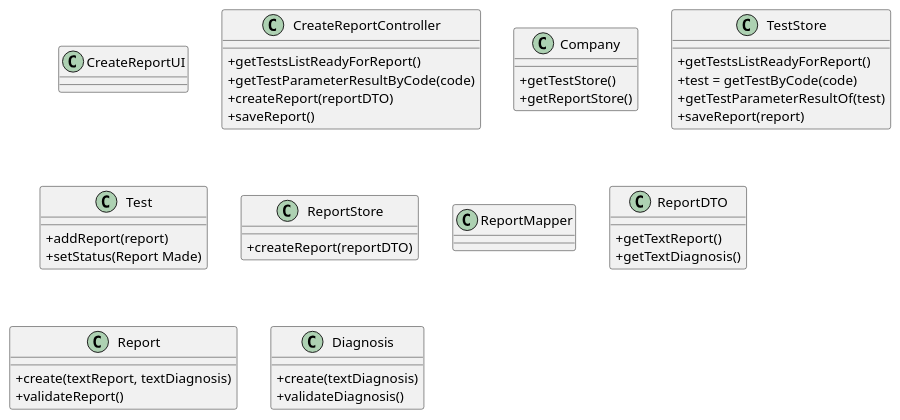
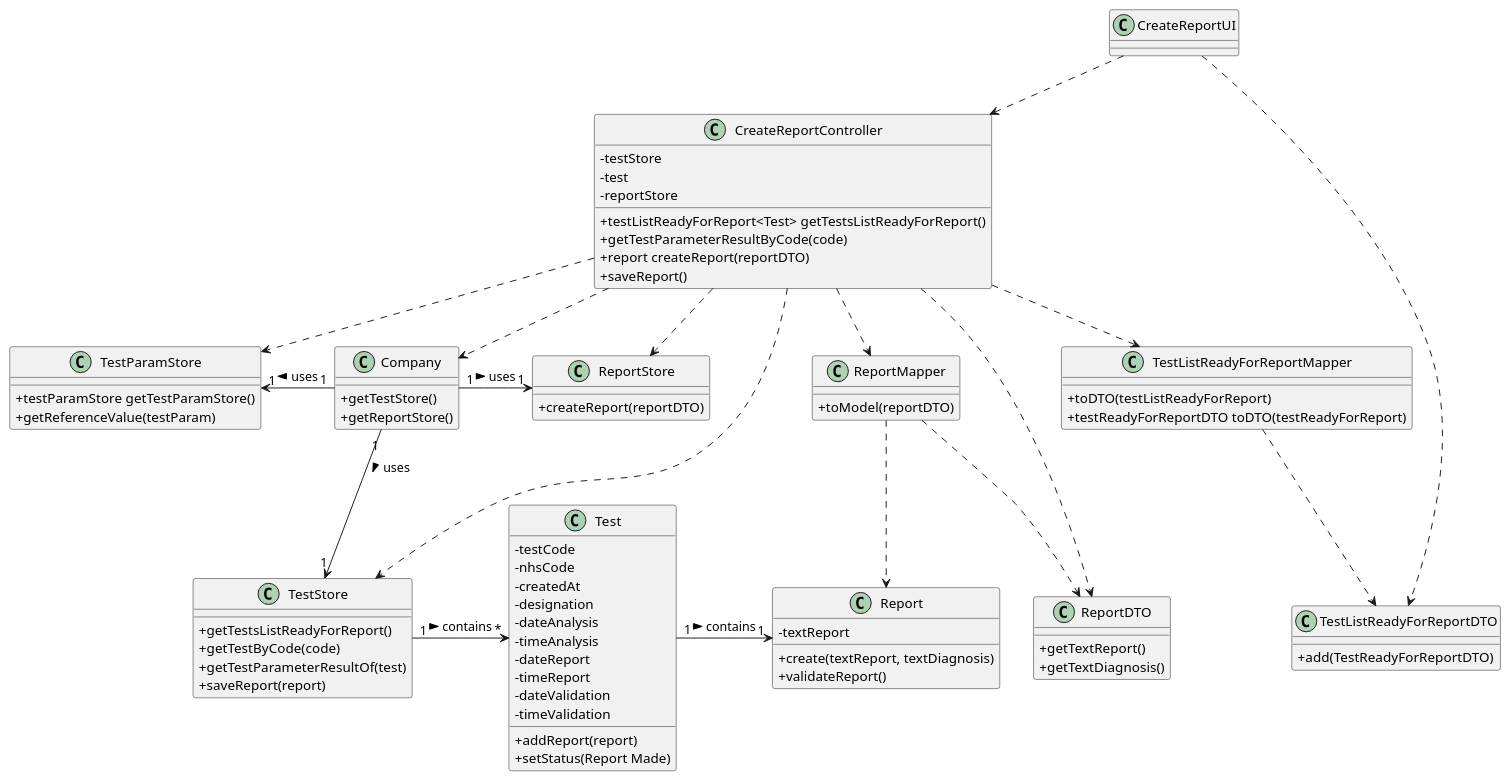
The diagram in docs/SprintC/US14/US14_CD.puml (MadDinosaur/ISEP-LAPR2), drawn with PlantUML before and after one commit. The commit also changed 12 other files, not shown here.

```diff
--- a/docs/SprintC/US14/US14_CD.puml
+++ b/docs/SprintC/US14/US14_CD.puml
@@ -1,52 +1,104 @@
 @startuml
 
 skinparam classAttributeIconSize 0
 
 class CreateReportUI
 
 class CreateReportController {
-+getTestsListReadyForReport()
+-testStore
+-test
+-reportStore
+
+
++testListReadyForReport<Test> getTestsListReadyForReport()
 +getTestParameterResultByCode(code)
-+createReport(reportDTO)
++report createReport(reportDTO)
 +saveReport()
 }
 
 class Company {
 +getTestStore()
 +getReportStore()
 }
 
 class TestStore {
 +getTestsListReadyForReport()
-+test = getTestByCode(code)
++getTestByCode(code)
 +getTestParameterResultOf(test)
 +saveReport(report)
 }
 
 class Test {
+-testCode
+-nhsCode
+-createdAt
+-designation
+-dateAnalysis
+-timeAnalysis
+-dateReport
+-timeReport
+-dateValidation
+-timeValidation
+
 +addReport(report)
 +setStatus(Report Made)
 }
 
 class ReportStore {
 +createReport(reportDTO)
 }
 
-class ReportMapper
+class ReportMapper {
++toModel(reportDTO)
+}
 
 class ReportDTO {
 +getTextReport()
 +getTextDiagnosis()
 }
 
 class Report {
+-textReport
+
 +create(textReport, textDiagnosis)
 +validateReport()
 }
 
-class Diagnosis {
-+create(textDiagnosis)
-+validateDiagnosis()
+class TestListReadyForReportMapper {
++toDTO(testListReadyForReport)
++testReadyForReportDTO toDTO(testReadyForReport)
 }
 
+class TestListReadyForReportDTO {
++add(TestReadyForReportDTO)
+}
+
+class TestParamStore {
++testParamStore getTestParamStore()
++getReferenceValue(testParam)
+}
+
+CreateReportUI ..> CreateReportController
+CreateReportController ..> Company
+Company "1"-down->"1" TestStore: uses >
+Company "1"->"1" ReportStore: uses >
+Company "1"-left->"1" TestParamStore: uses >
+TestStore "1"->"*" Test: contains >
+Test "1"->"1" Report: contains >
+CreateReportController ..> TestStore
+CreateReportController ..> ReportStore
+
+
+CreateReportController ..> TestListReadyForReportMapper
+TestListReadyForReportMapper ..> TestListReadyForReportDTO
+
+
+CreateReportController ..> ReportDTO
+CreateReportController ..> ReportMapper
+ReportMapper ..> ReportDTO
+ReportMapper ..> Report
+
+CreateReportController ..> TestParamStore
+
+CreateReportUI ..> TestListReadyForReportDTO
 @enduml
```
